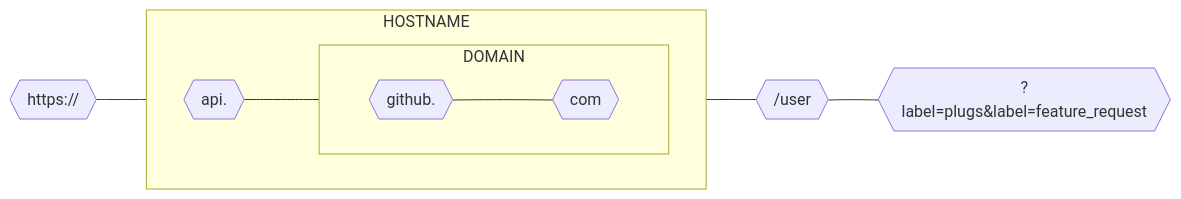
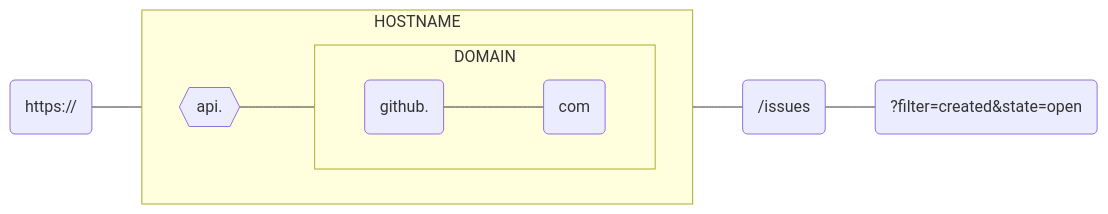
The third of 3 diagrams in slides.md (birdcar/apisolutelyfab), drawn with Mermaid before and after one commit. The commit also changed other lines of this file, not shown here.

````diff
--- a/slides.md
+++ b/slides.md
@@ -236,12 +364,12 @@
 ```mermaid
 flowchart LR
     subgraph HOSTNAME
         direction LR
         subgraph DOMAIN
             direction LR
-            domain_name{{github.}} --- tld{{com}}
+            domain_name(github.) --- tld(com)
         end
         subdomains{{api.}} --- DOMAIN
     end
-    protocol{{https://}} --- HOSTNAME --- path{{/user}} --- querystring{{?label=plugs&label=feature_request}}
+    protocol(https://) --- HOSTNAME --- path(/issues) --- querystring(?filter=created&state=open)
 ```
````
